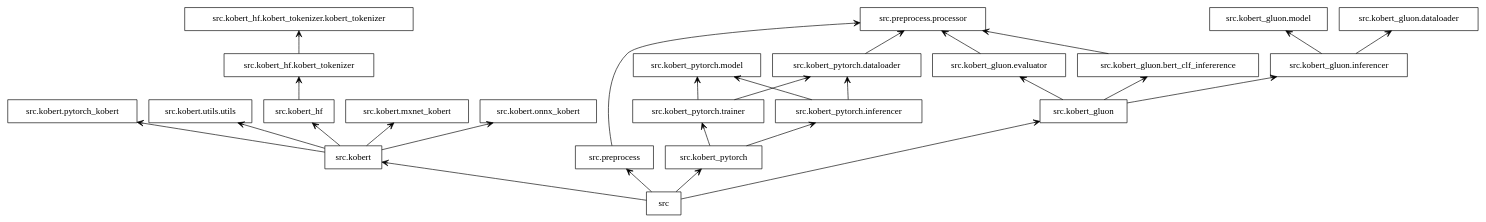
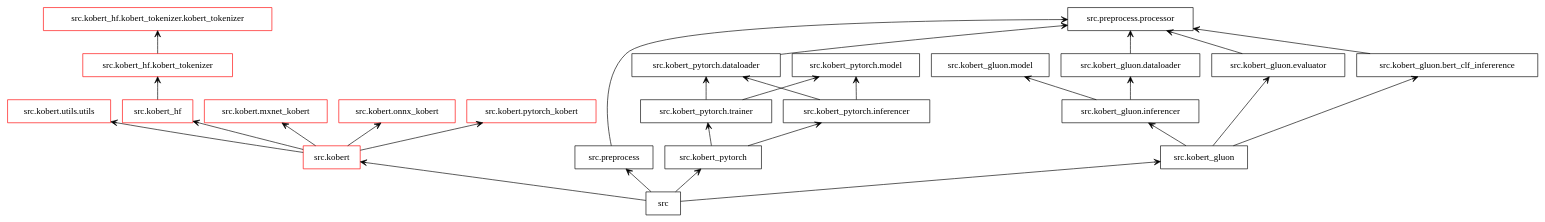
One commit to dsdanielpark/fine-tuned-korean-bert-news-article-classifier changed the diagram in packages.dot. Above: the diagram before and after it, drawn with Graphviz. The commit also changed 1 other file, not shown here.

Commit message:
fix: graph diagram

```diff
--- a/packages.dot
+++ b/packages.dot
@@ -1,52 +1,54 @@
 digraph "packages" {
 charset="utf-8"
 rankdir=BT
+style=filled
 "0" [label="src", shape="box"];
-"1" [label="src.kobert", shape="box"];
-"2" [label="src.kobert.mxnet_kobert", shape="box"];
-"3" [label="src.kobert.onnx_kobert", shape="box"];
-"4" [label="src.kobert.pytorch_kobert", shape="box"];
-"7" [label="src.kobert.utils.utils", shape="box"];
+"1" [label="src.kobert", shape="box", color=red];
+"2" [label="src.kobert.mxnet_kobert", shape="box", color=red];
+"3" [label="src.kobert.onnx_kobert", shape="box", color=red];
+"4" [label="src.kobert.pytorch_kobert", shape="box", color=red];
+"7" [label="src.kobert.utils.utils", shape="box", color=red];
 "8" [label="src.kobert_gluon", shape="box"];
 "9" [label="src.kobert_gluon.bert_clf_infererence", shape="box"];
 "10" [label="src.kobert_gluon.dataloader", shape="box"];
 "11" [label="src.kobert_gluon.evaluator", shape="box"];
 "12" [label="src.kobert_gluon.inferencer", shape="box"];
 "13" [label="src.kobert_gluon.model", shape="box"];
-"14" [label="src.kobert_hf", shape="box"];
-"15" [label="src.kobert_hf.kobert_tokenizer", shape="box"];
-"16" [label="src.kobert_hf.kobert_tokenizer.kobert_tokenizer", shape="box"];
+"14" [label="src.kobert_hf", shape="box", color=red];
+"15" [label="src.kobert_hf.kobert_tokenizer", shape="box", color=red];
+"16" [label="src.kobert_hf.kobert_tokenizer.kobert_tokenizer", shape="box", color=red];
 "17" [label="src.kobert_pytorch", shape="box"];
 "18" [label="src.kobert_pytorch.dataloader", shape="box"];
 "19" [label="src.kobert_pytorch.inferencer", shape="box"];
 "20" [label="src.kobert_pytorch.model", shape="box"];
 "21" [label="src.kobert_pytorch.trainer", shape="box"];
 "22" [label="src.preprocess", shape="box"];
 "23" [label="src.preprocess.processor", shape="box"];
 "0" -> "1" [arrowhead="open", arrowtail="none"];
 "0" -> "8" [arrowhead="open", arrowtail="none"];
 "0" -> "22" [arrowhead="open", arrowtail="none"];
 "1" -> "2" [arrowhead="open", arrowtail="none"];
 "1" -> "3" [arrowhead="open", arrowtail="none"];
 "1" -> "4" [arrowhead="open", arrowtail="none"];
 "1" -> "7" [arrowhead="open", arrowtail="none"];
 "8" -> "9" [arrowhead="open", arrowtail="none"];
 "8" -> "11" [arrowhead="open", arrowtail="none"];
 "8" -> "12" [arrowhead="open", arrowtail="none"];
 "9" -> "23" [arrowhead="open", arrowtail="none"];
 "11" -> "23" [arrowhead="open", arrowtail="none"];
 "12" -> "10" [arrowhead="open", arrowtail="none"];
 "12" -> "13" [arrowhead="open", arrowtail="none"];
 "15" -> "16" [arrowhead="open", arrowtail="none"];
 "0" -> "17" [arrowhead="open", arrowtail="none"];
 "17" -> "19" [arrowhead="open", arrowtail="none"];
 "17" -> "21" [arrowhead="open", arrowtail="none"];
 "19" -> "18" [arrowhead="open", arrowtail="none"];
 "19" -> "20" [arrowhead="open", arrowtail="none"];
 "21" -> "18" [arrowhead="open", arrowtail="none"];
 "21" -> "20" [arrowhead="open", arrowtail="none"];
 "22" -> "23" [arrowhead="open", arrowtail="none"];
 "14" -> "15" [arrowhead="open", arrowtail="none"];
 "1" -> "14" [arrowhead="open", arrowtail="none"];
 "18" -> "23" [arrowhead="open", arrowtail="none"];
+"10" -> "23" [arrowhead="open", arrowtail="none"];
 }
```
